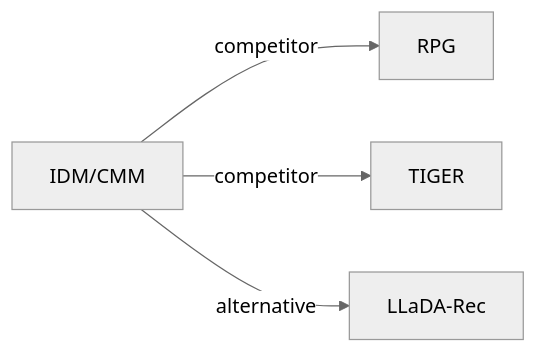
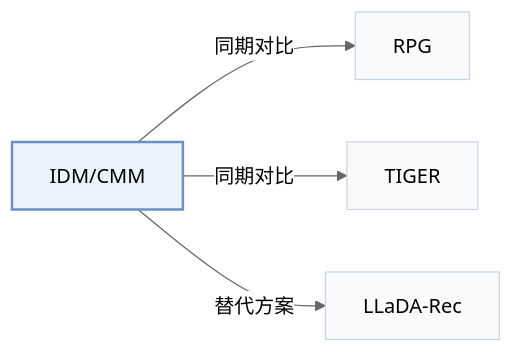
The second of 2 diagrams in pages/zh/papers/idm-cmm.md (Galaxy-ghost/Awesome-SID-Generative-Rec), drawn with Mermaid (neutral theme) before and after one commit. The commit also changed other lines of this file and 649 other files, not shown here.

Commit message:
writer-05: also tags and modality index (schema, check, build, visuals); summary field removed; calibration data for 12 papers

````diff
--- a/pages/zh/papers/idm-cmm.md
+++ b/pages/zh/papers/idm-cmm.md
@@ -68,7 +74,11 @@
 ```mermaid
 flowchart LR
     P["IDM/CMM"]
-    P -->|competitor| A["RPG"]
-    P -->|competitor| B["TIGER"]
-    P -->|alternative| C["LLaDA-Rec"]
+    P -->|"同期对比"| A["RPG"]
+    P -->|"同期对比"| B["TIGER"]
+    P -->|"替代方案"| C["LLaDA-Rec"]
+    classDef main fill:#eaf2fb,stroke:#6b8fc7,stroke-width:2px
+    classDef peer fill:#f8fafc,stroke:#cbd5e1
+    class P main
+    class A,B,C peer
 ```
````
